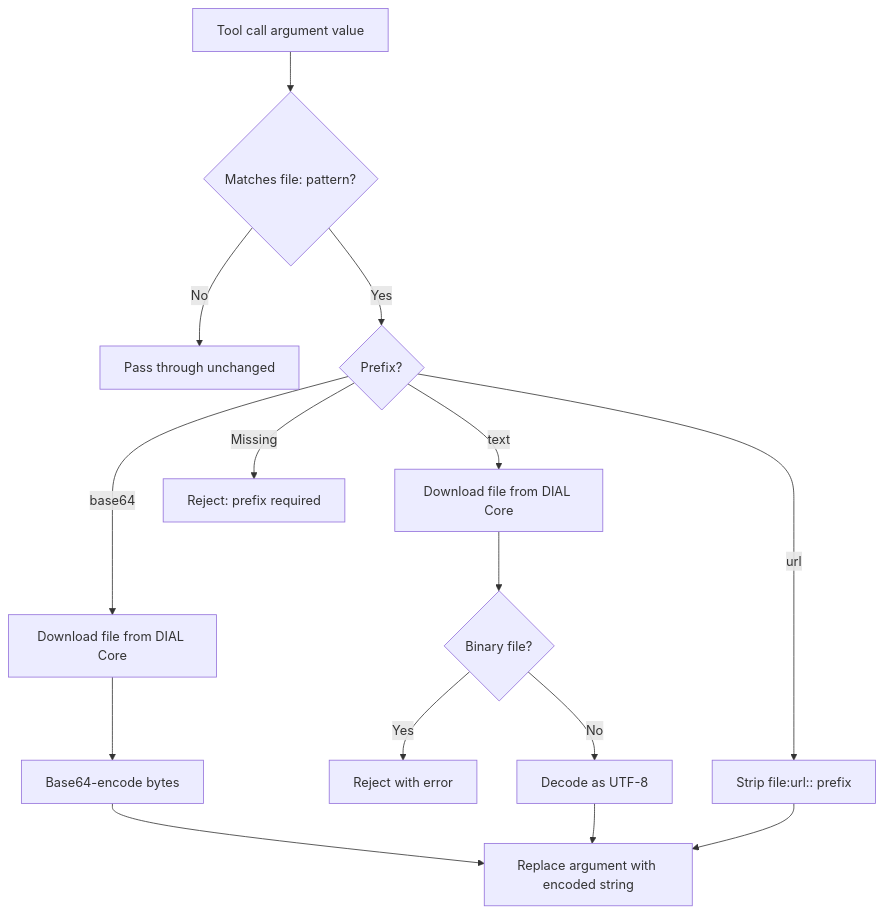
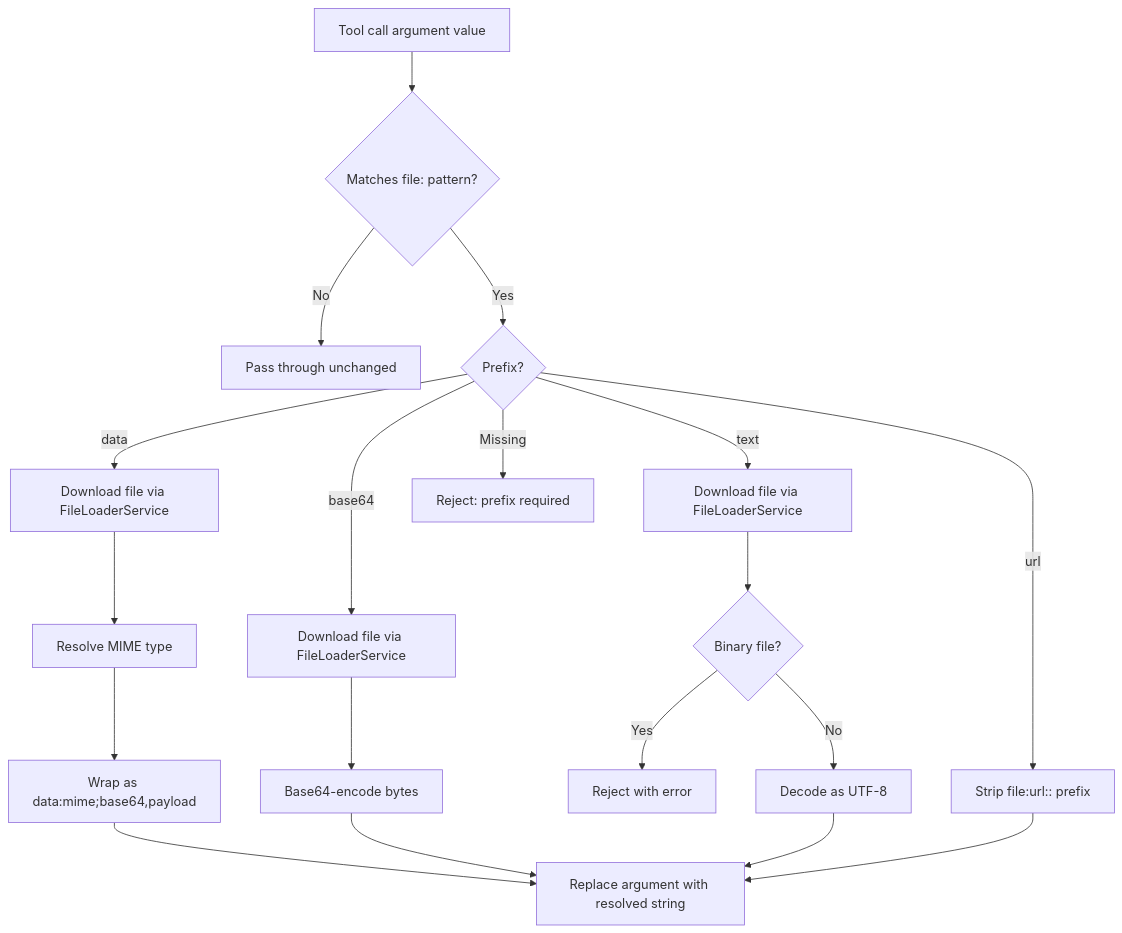
Before and after one commit to epam/ai-dial-quickapps-backend: the diagram in docs/file_transfer.md, drawn with Mermaid. The commit also changed other lines of this file and 12 other files, not shown here.

````diff
--- a/docs/file_transfer.md
+++ b/docs/file_transfer.md
@@ -73,17 +75,21 @@
 ```mermaid
 flowchart TD
     A[Tool call argument value] --> B{Matches file: pattern?}
     B -->|No| C[Pass through unchanged]
     B -->|Yes| D{Prefix?}
-    D -->|base64| E[Download file from DIAL Core]
+    D -->|data| N[Download file via FileLoaderService]
+    N --> O[Resolve MIME type]
+    O --> P[Wrap as data:mime;base64,payload]
+    P --> G[Replace argument with resolved string]
+    D -->|base64| E[Download file via FileLoaderService]
     E --> F[Base64-encode bytes]
-    F --> G[Replace argument with encoded string]
-    D -->|text| H[Download file from DIAL Core]
+    F --> G
+    D -->|text| H[Download file via FileLoaderService]
     H --> I{Binary file?}
     I -->|Yes| J[Reject with error]
     I -->|No| K[Decode as UTF-8]
     K --> G
     D -->|url| L[Strip file:url:: prefix]
     L --> G
     D -->|Missing| M[Reject: prefix required]
 ```
````
